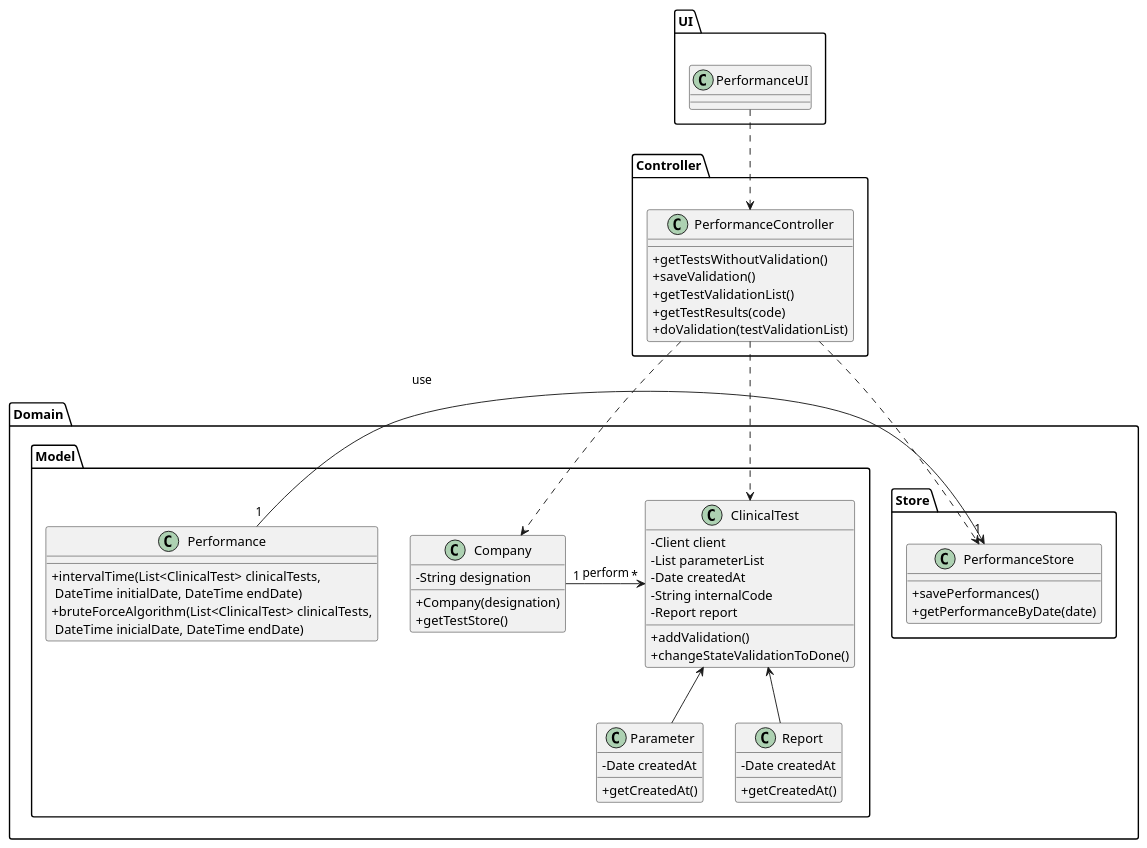
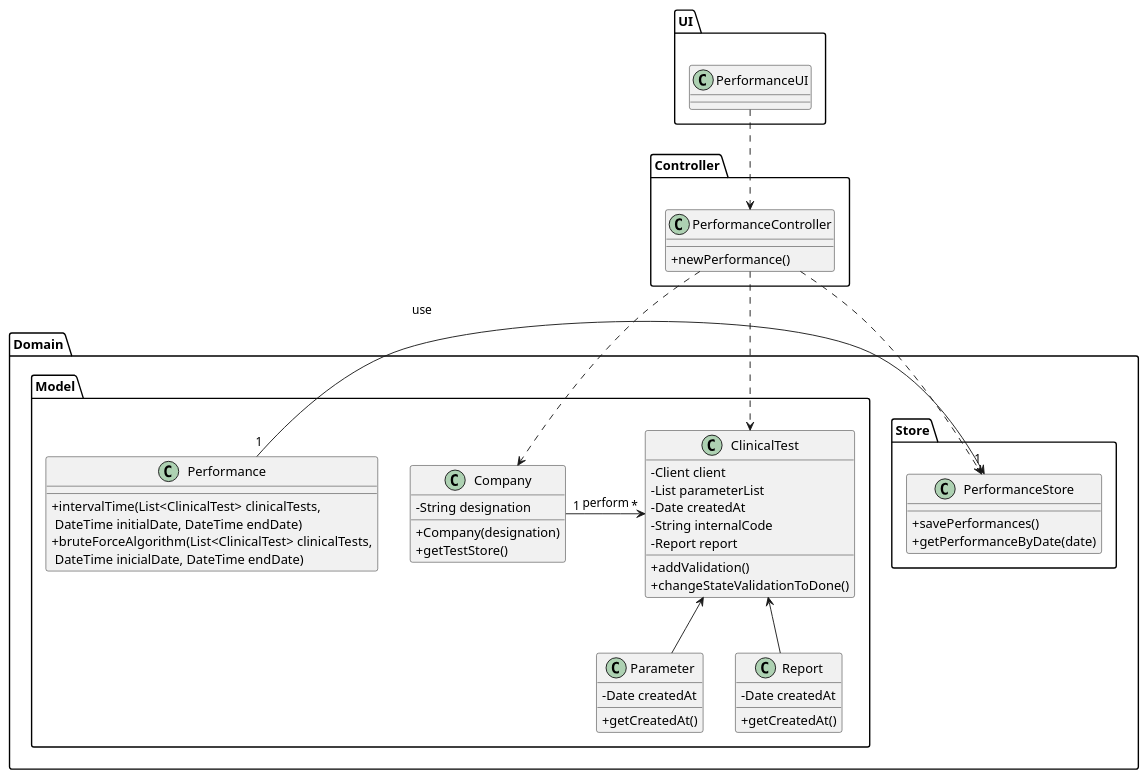
One commit to GuilhermeCunha79/lapr2 changed the diagram in docs/SprintD/US16/US16_CD.puml. Above: the diagram before and after it, drawn with PlantUML. The commit also changed 5 other files, not shown here.

```diff
--- a/docs/SprintD/US16/US16_CD.puml
+++ b/docs/SprintD/US16/US16_CD.puml
@@ -1,71 +1,67 @@
 @startuml
 skinparam classAttributeIconSize 0
 
 package UI {
 class PerformanceUI{
 }
 }
 package Controller {
 class PerformanceController {
-  + getTestsWithoutValidation()
-  + saveValidation()
-  + getTestValidationList()
-  +getTestResults(code)
-  +doValidation(testValidationList)
+  + newPerformance()
 }
 }
 
 package Domain {
 package Model {
 class ClinicalTest {
   - Client client
   - List parameterList
   - Date createdAt
   - String internalCode
   - Report report
   + addValidation()
   +changeStateValidationToDone()
 }
 
 class Company {
   - String designation
   + Company(designation)
   + getTestStore()
 }
 
 class Performance {
   +intervalTime(List<ClinicalTest> clinicalTests,\n DateTime initialDate, DateTime endDate)
   +bruteForceAlgorithm(List<ClinicalTest> clinicalTests,\n DateTime inicialDate, DateTime endDate)
 }
 
 class Parameter{
 - Date createdAt
   + getCreatedAt()
 }
 class Report {
   - Date createdAt
   + getCreatedAt()
 }
 
 }
 package Store {
 class PerformanceStore {
     + savePerformances()
     + getPerformanceByDate(date)
 }
 }
 
 }
 
 PerformanceUI ..> PerformanceController
 
 PerformanceController ..> PerformanceStore
 PerformanceController ..> Company
 PerformanceController ..> ClinicalTest
 Company "1" -> "*"ClinicalTest :perform
 Performance "1" -> "1" PerformanceStore : use
 
 ClinicalTest <-- Report
 ClinicalTest <-- Parameter
 
 @enduml
```
